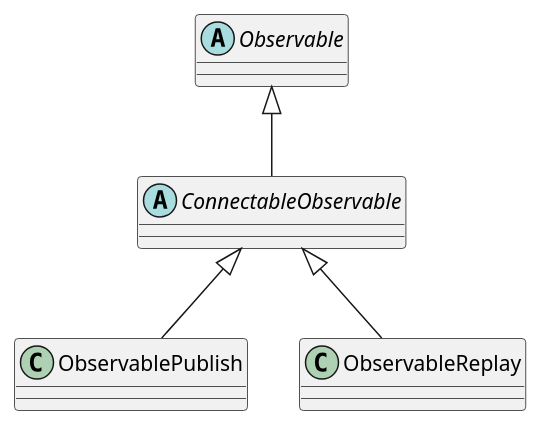
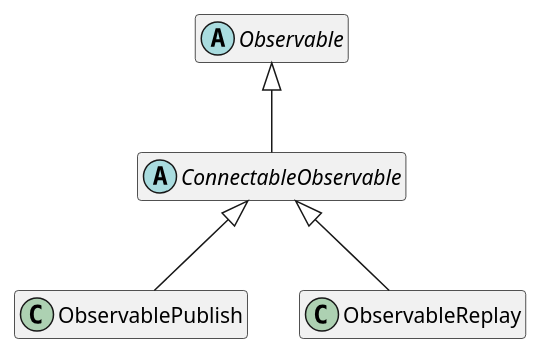
Before and after one commit to suribada/RxJavaBook: the diagram in doc/ConnectableObservable.puml, drawn with PlantUML. The commit also changed 20 other files, not shown here.

```diff
--- a/doc/ConnectableObservable.puml
+++ b/doc/ConnectableObservable.puml
@@ -1,10 +1,11 @@
 @startuml
+hide members
 abstract class Observable
 abstract class ConnectableObservable
 class ObservablePublish
 class ObservableReplay
 
 Observable <|-- ConnectableObservable
 ConnectableObservable <|-- ObservablePublish
 ConnectableObservable <|-- ObservableReplay
 @enduml
```
